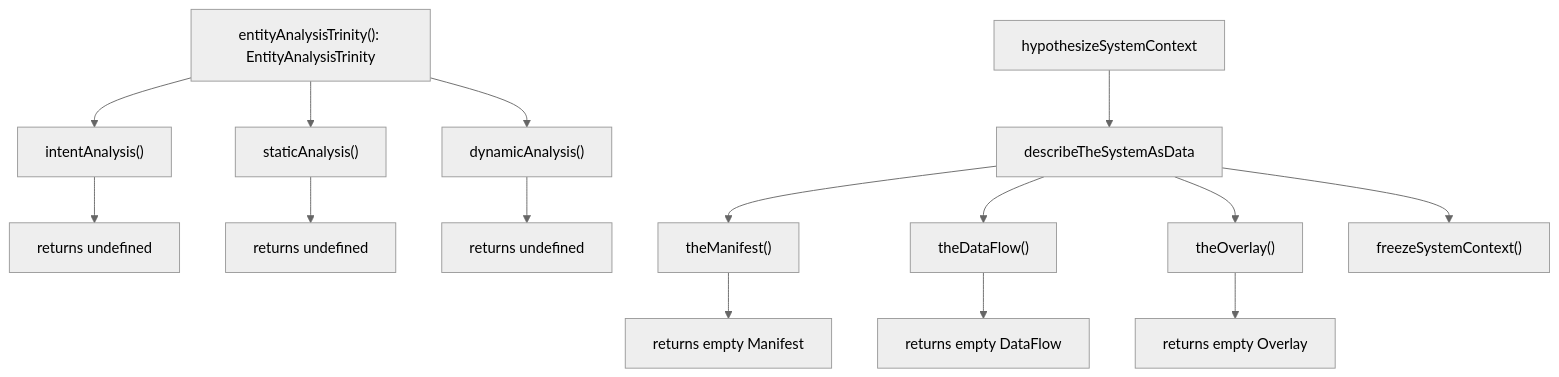
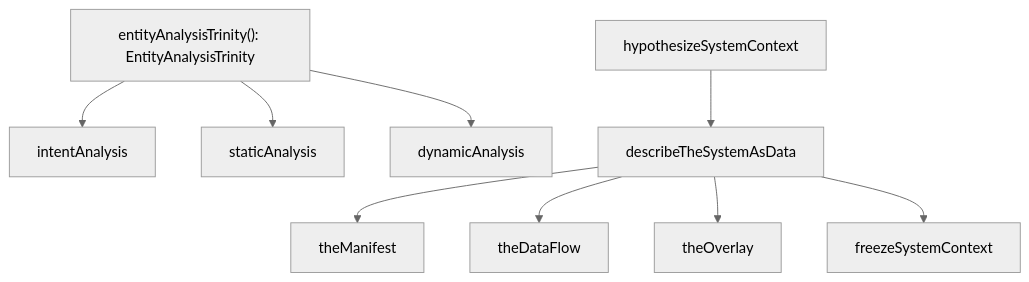
The seventh of 10 diagrams in ARCHITECTURE_REPORT.md (publicdomainrelay/open-architecture), drawn with Mermaid (neutral theme) before and after one commit. The commit also changed other lines of this file and 2 other files, not shown here.

````diff
--- a/ARCHITECTURE_REPORT.md
+++ b/ARCHITECTURE_REPORT.md
@@ -439,18 +349,12 @@
 ```mermaid
 graph TD
   entityAnalysisTrinity["entityAnalysisTrinity(): EntityAnalysisTrinity"]
-  entityAnalysisTrinity --> intent["intentAnalysis()"]
-  entityAnalysisTrinity --> static["staticAnalysis()"]
-  entityAnalysisTrinity --> dynamic["dynamicAnalysis()"]
-  intent --> stubI["returns undefined"]
-  static --> stubS["returns undefined"]
-  dynamic --> stubD["returns undefined"]
-  describeTheSystemAsData --> manifest["theManifest()"]
-  describeTheSystemAsData --> flow["theDataFlow()"]
-  describeTheSystemAsData --> overlay["theOverlay()"]
-  describeTheSystemAsData --> freeze["freezeSystemContext()"]
-  manifest --> stubM["returns empty Manifest"]
-  flow --> stubDF["returns empty DataFlow"]
-  overlay --> stubO["returns empty Overlay"]
+  entityAnalysisTrinity --> ia[intentAnalysis]
+  entityAnalysisTrinity --> sa[staticAnalysis]
+  entityAnalysisTrinity --> da[dynamicAnalysis]
+  describeTheSystemAsData --> tm[theManifest]
+  describeTheSystemAsData --> tdf[theDataFlow]
+  describeTheSystemAsData --> to[theOverlay]
+  describeTheSystemAsData --> fsc[freezeSystemContext]
   hypothesizeSystemContext --> describeTheSystemAsData
 ```
````
